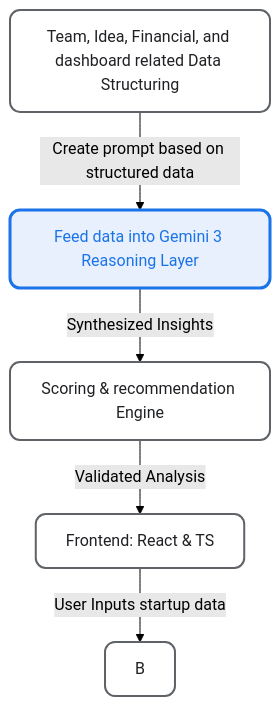
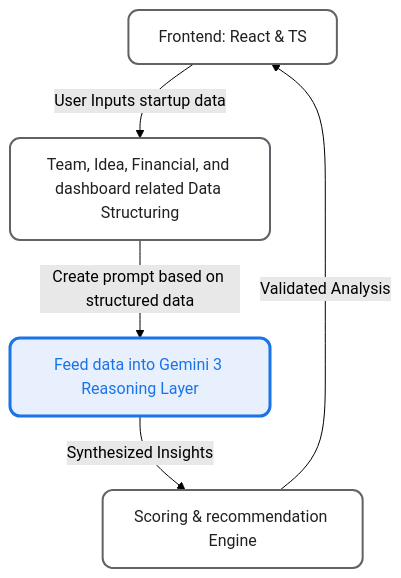
One commit to indra094/FoundryWithoutBackend changed the diagram in README.md. Above: the diagram before and after it, drawn with Mermaid (forest theme).

````diff
--- a/README.md
+++ b/README.md
@@ -26,21 +26,21 @@
 ```mermaid
 graph TD
     %% Nodes
     A[Frontend: React & TS]
     C[Team, Idea, Financial, and dashboard related Data Structuring]
     D[Feed data into Gemini 3 Reasoning Layer]
     E[Scoring & recommendation Engine]
 
     %% Connections
-    A -->|User Inputs startup data| B
+    A -->|User Inputs startup data| C
     C -->|Create prompt based on structured data| D
     D -->|Synthesized Insights| E
     E -->|Validated Analysis| A
 
     %% Styling
     classDef box fill:#ffffff,stroke:#5f6368,stroke-width:2px,color:#202124,rx:10,ry:10;
     classDef gemini fill:#e8f0fe,stroke:#1a73e8,stroke-width:3px,color:#1a73e8,rx:10,ry:10;
 
     class A,B,C,E box;
     class D gemini;
 ```
````
